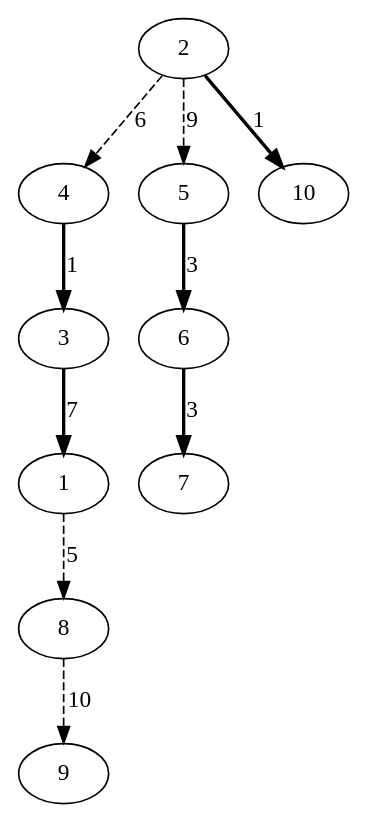
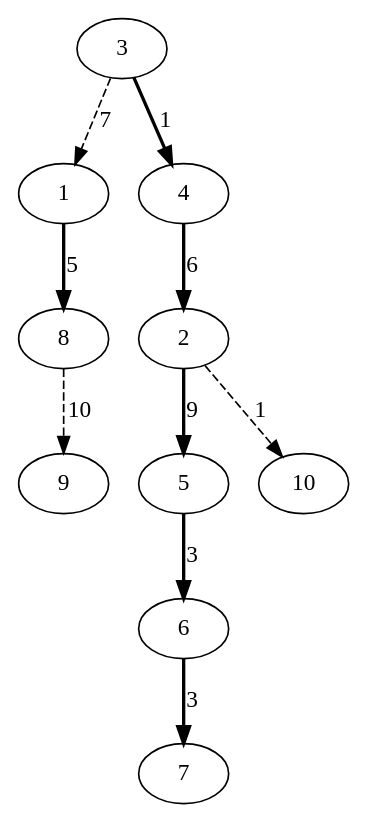
Before and after one commit to Musab1Blaser/DynamicTrees_NF: the diagram in ST-Tree/src/combined_graph.dot, drawn with Graphviz. The commit also changed 696 other files, not shown here.

```diff
--- a/ST-Tree/src/combined_graph.dot
+++ b/ST-Tree/src/combined_graph.dot
@@ -1,21 +1,21 @@
 digraph G {
-4 -> 3 [style=bold, label=1];
-3 -> 1 [style=bold, label=7];
+1 -> 8 [style=bold, label=5];
+3 -> 4 [style=bold, label=1];
+4 -> 2 [style=bold, label=6];
+2 -> 5 [style=bold, label=9];
 5 -> 6 [style=bold, label=3];
 6 -> 7 [style=bold, label=3];
-2 -> 10 [style=bold, label=1];
-2 -> 4 [style=dashed, label=6];
-2 -> 5 [style=dashed, label=9];
-1 -> 8 [style=dashed, label=5];
+3 -> 1 [style=dashed, label=7];
 8 -> 9 [style=dashed, label=10];
+2 -> 10 [style=dashed, label=1];
 1; 
 2; 
 3; 
 4; 
 5; 
 6; 
 7; 
 8; 
 9; 
 10; 
 }
```
